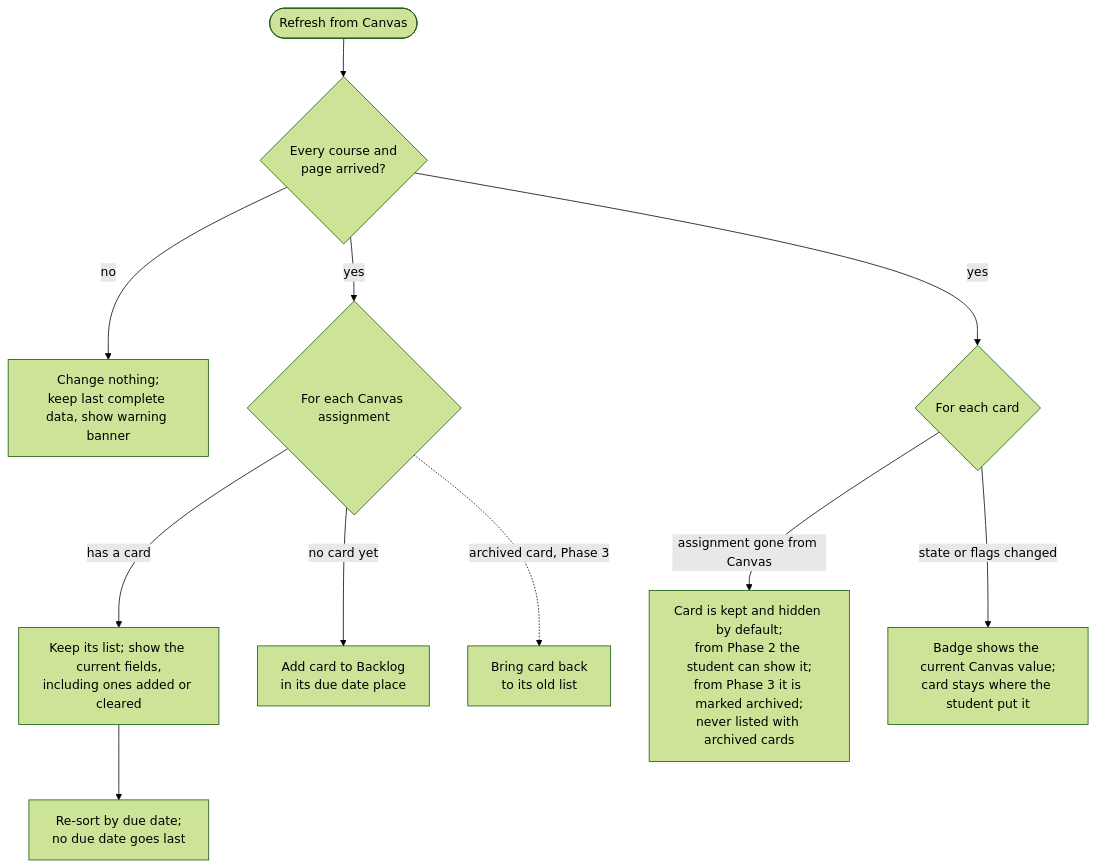
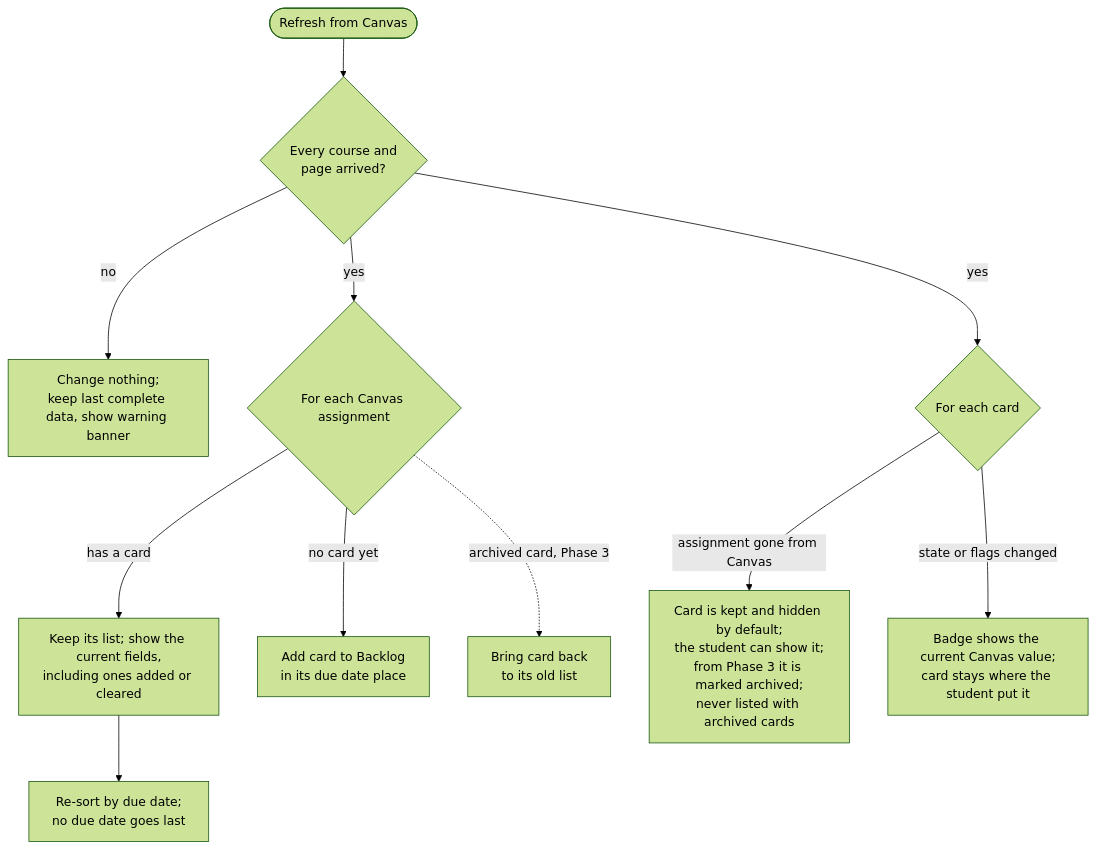
Before and after one commit to bbranton/TestProj: the sixth of 9 diagrams in docs/canvas-portal/04-ui-specification.md, drawn with Mermaid (forest theme). The commit also changed other lines of this file, not shown here.

First line of the commit message:
UI spec: showing cards removed from Canvas moves to Phase 1

````diff
--- a/docs/canvas-portal/04-ui-specification.md
+++ b/docs/canvas-portal/04-ui-specification.md
@@ -809,13 +809,13 @@
 ```mermaid
 flowchart TD
     A([Refresh from Canvas]) --> Z{Every course and<br/>page arrived?}
     Z -- no --> Y[Change nothing;<br/>keep last complete data, show warning banner]
     Z -- yes --> B{For each Canvas assignment}
     B -- has a card --> C[Keep its list; show the current fields,<br/>including ones added or cleared]
     C --> C2[Re-sort by due date;<br/>no due date goes last]
     B -- no card yet --> D[Add card to Backlog<br/>in its due date place]
     B -. archived card, Phase 3 .-> R[Bring card back<br/>to its old list]
     Z -- yes --> E{For each card}
-    E -- assignment gone from Canvas --> F[Card is kept and hidden by default;<br/>from Phase 2 the student can show it;<br/>from Phase 3 it is marked archived;<br/>never listed with archived cards]
+    E -- assignment gone from Canvas --> F[Card is kept and hidden by default;<br/>the student can show it;<br/>from Phase 3 it is marked archived;<br/>never listed with archived cards]
     E -- state or flags changed --> G[Badge shows the current Canvas value;<br/>card stays where the student put it]
 ```
````
